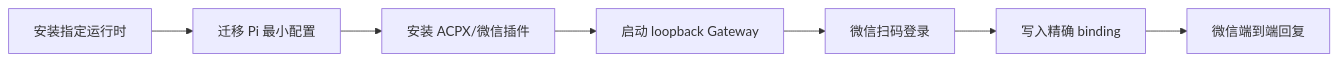
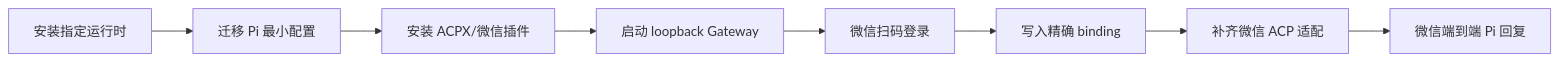
The diagram in docs/workstreams/TENCENT-OPENCLAW-MIGRATION/verification.md (Young1108/pi-tencentyun-openclaw), drawn with Mermaid before and after one commit. The commit also changed other lines of this file and 9 other files, not shown here.

````diff
--- a/docs/workstreams/TENCENT-OPENCLAW-MIGRATION/verification.md
+++ b/docs/workstreams/TENCENT-OPENCLAW-MIGRATION/verification.md
@@ -6,9 +6,10 @@
 ```mermaid
 flowchart LR
     N1[安装指定运行时] --> N2[迁移 Pi 最小配置]
     N2 --> N3[安装 ACPX/微信插件]
     N3 --> N4[启动 loopback Gateway]
     N4 --> N5[微信扫码登录]
     N5 --> N6[写入精确 binding]
-    N6 --> N7[微信端到端回复]
+    N6 --> N7[补齐微信 ACP 适配]
+    N7 --> N8[微信端到端 Pi 回复]
 ```
````
